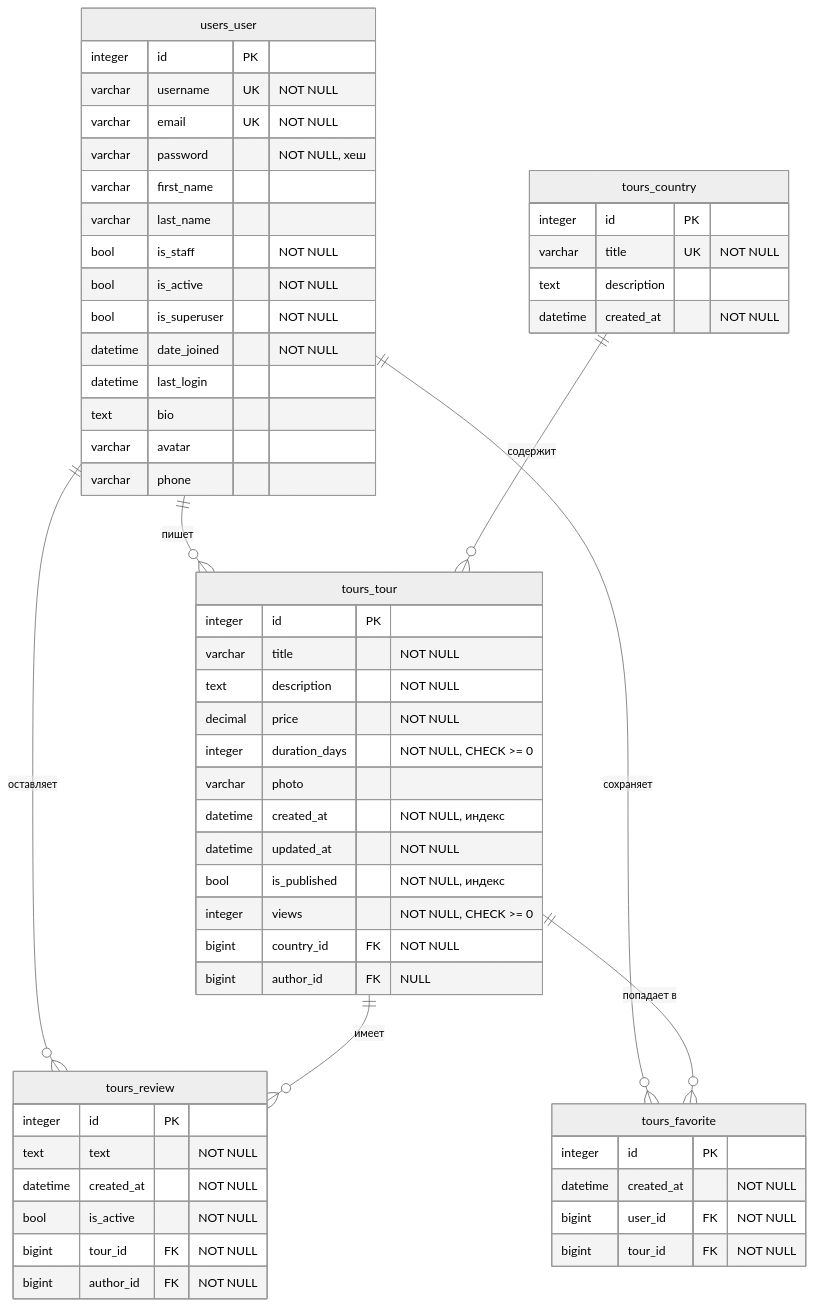
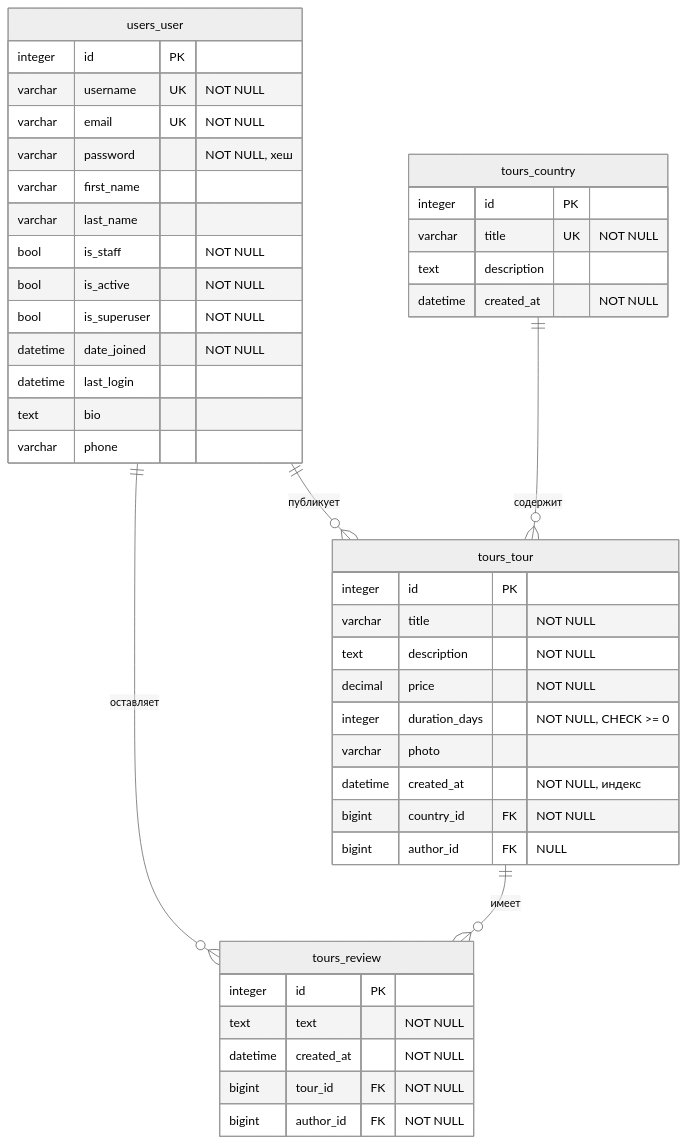
The diagram in docs/08-er-diagrams/er-diagram.md (Seihposwag/sofa-travel-app), drawn with Mermaid (neutral theme) before and after one commit. The commit also changed other lines of this file and 36 other files, not shown here.

````diff
--- a/docs/08-er-diagrams/er-diagram.md
+++ b/docs/08-er-diagrams/er-diagram.md
@@ -10,64 +10,50 @@
 ```mermaid
 erDiagram
-    users_user ||--o{ tours_tour : "пишет"
+    users_user ||--o{ tours_tour : "публикует"
     users_user ||--o{ tours_review : "оставляет"
-    users_user ||--o{ tours_favorite : "сохраняет"
     tours_country ||--o{ tours_tour : "содержит"
     tours_tour ||--o{ tours_review : "имеет"
-    tours_tour ||--o{ tours_favorite : "попадает в"
 
     users_user {
         integer id PK
         varchar username UK "NOT NULL"
         varchar email UK "NOT NULL"
         varchar password "NOT NULL, хеш"
         varchar first_name
         varchar last_name
         bool is_staff "NOT NULL"
         bool is_active "NOT NULL"
         bool is_superuser "NOT NULL"
         datetime date_joined "NOT NULL"
         datetime last_login
         text bio
-        varchar avatar
         varchar phone
     }
 
     tours_country {
         integer id PK
         varchar title UK "NOT NULL"
         text description
         datetime created_at "NOT NULL"
     }
 
     tours_tour {
         integer id PK
         varchar title "NOT NULL"
         text description "NOT NULL"
         decimal price "NOT NULL"
         integer duration_days "NOT NULL, CHECK >= 0"
         varchar photo
         datetime created_at "NOT NULL, индекс"
-        datetime updated_at "NOT NULL"
-        bool is_published "NOT NULL, индекс"
-        integer views "NOT NULL, CHECK >= 0"
         bigint country_id FK "NOT NULL"
         bigint author_id FK "NULL"
     }
 
     tours_review {
         integer id PK
         text text "NOT NULL"
         datetime created_at "NOT NULL"
-        bool is_active "NOT NULL"
         bigint tour_id FK "NOT NULL"
         bigint author_id FK "NOT NULL"
     }
-
-    tours_favorite {
-        integer id PK
-        datetime created_at "NOT NULL"
-        bigint user_id FK "NOT NULL"
-        bigint tour_id FK "NOT NULL"
-    }
 ```
````
